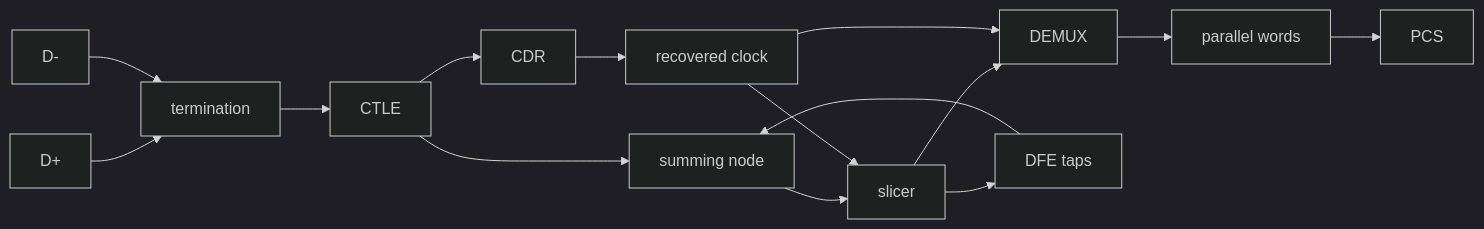
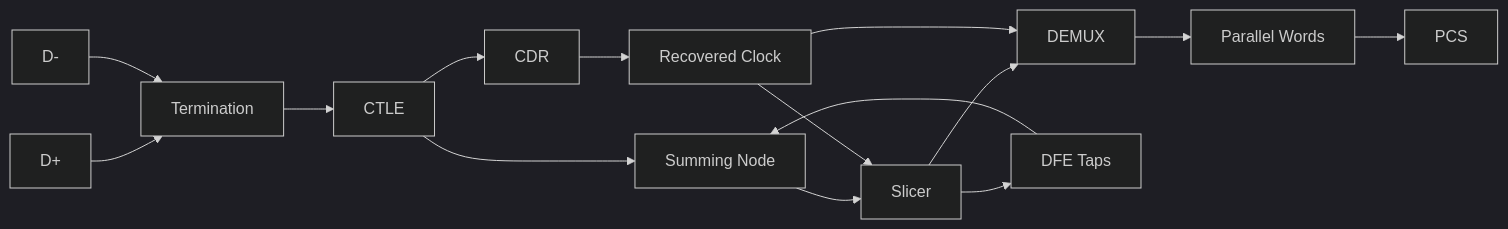
One commit to Lyd1aCla1r3/lyd1acla1r3.github.io changed the diagram in blog/content/series/signal-integrity/16_SerDes_Architecture_and_Eye_Diagrams.md. Above: the diagram before and after it, drawn with Mermaid (dark theme). The commit also changed other lines of this file and 243 other files, not shown here.

````diff
--- a/blog/content/series/signal-integrity/16_SerDes_Architecture_and_Eye_Diagrams.md
+++ b/blog/content/series/signal-integrity/16_SerDes_Architecture_and_Eye_Diagrams.md
@@ -35,17 +37,17 @@
 ```mermaid
 flowchart LR
-    DP["D+"] --> TERM["termination"]
+    DP["D+"] --> TERM["Termination"]
     DN["D-"] --> TERM
     TERM --> CTLE["CTLE"]
-    CTLE --> SUM["summing node"]
+    CTLE --> SUM["Summing Node"]
     CTLE --> CDR["CDR"]
-    SUM --> SLICER["slicer"]
+    SUM --> SLICER["Slicer"]
     SLICER --> DEMUX["DEMUX"]
-    SLICER --> DFE["DFE taps"]
+    SLICER --> DFE["DFE Taps"]
     DFE --> SUM
-    CDR --> CLK["recovered clock"]
+    CDR --> CLK["Recovered Clock"]
     CLK --> SLICER
     CLK --> DEMUX
-    DEMUX --> PARALLEL["parallel words"]
+    DEMUX --> PARALLEL["Parallel Words"]
     PARALLEL --> PCS["PCS"]
 ```
````
